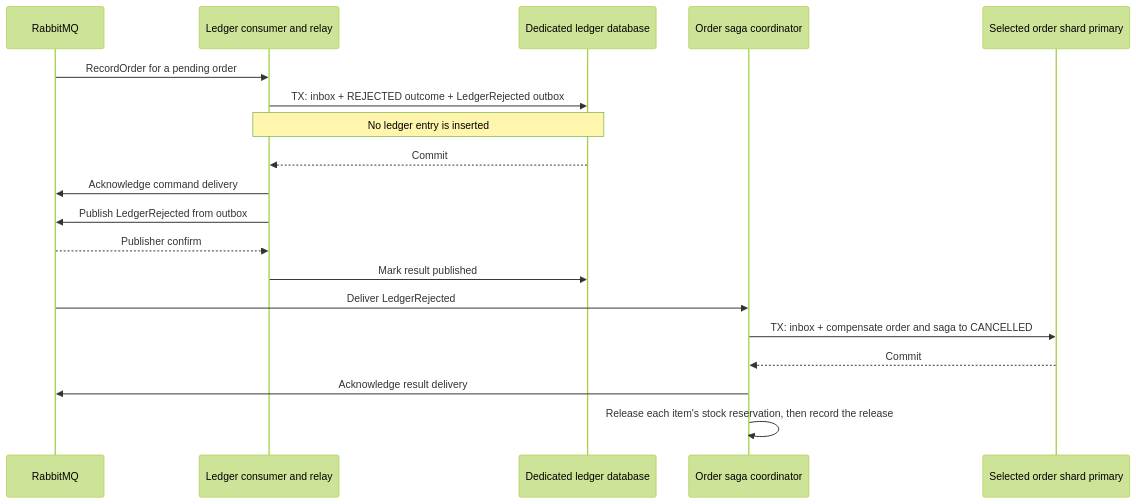
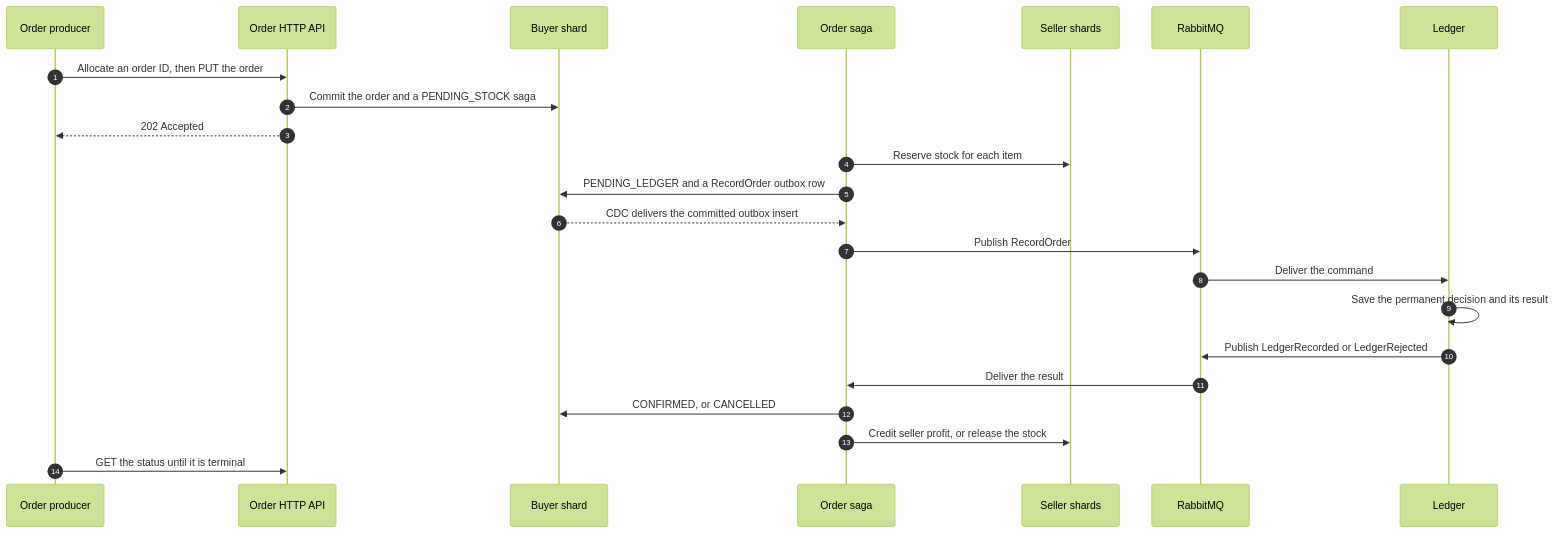
The second of 3 diagrams in microservices/shardshop/ARCHITECTURE.md (nklip/JavaCraft), drawn with Mermaid (forest theme) before and after one commit. The commit also changed other lines of this file and 51 other files, not shown here.

````diff
--- a/microservices/shardshop/ARCHITECTURE.md
+++ b/microservices/shardshop/ARCHITECTURE.md
@@ -2021,22 +78,25 @@
 ```mermaid
 sequenceDiagram
-    participant MQ as RabbitMQ
-    participant Ledger as Ledger consumer and relay
-    participant LDB as Dedicated ledger database
-    participant Order as Order saga coordinator
-    participant DB as Selected order shard primary
-
-    MQ->>Ledger: RecordOrder for a pending order
-    Ledger->>LDB: TX: inbox + REJECTED outcome + LedgerRejected outbox
-    Note over Ledger,LDB: No ledger entry is inserted
-    LDB-->>Ledger: Commit
-    Ledger->>MQ: Acknowledge command delivery
-    Ledger->>MQ: Publish LedgerRejected from outbox
-    MQ-->>Ledger: Publisher confirm
-    Ledger->>LDB: Mark result published
-    MQ->>Order: Deliver LedgerRejected
-    Order->>DB: TX: inbox + compensate order and saga to CANCELLED
-    DB-->>Order: Commit
-    Order->>MQ: Acknowledge result delivery
-    Order->>Order: Release each item's stock reservation, then record the release
+    autonumber
+    participant P as Order producer
+    participant H as Order HTTP API
+    participant B as Buyer shard
+    participant S as Order saga
+    participant C as Seller shards
+    participant Q as RabbitMQ
+    participant L as Ledger
+    P->>H: Allocate an order ID, then PUT the order
+    H->>B: Commit the order and a PENDING_STOCK saga
+    H-->>P: 202 Accepted
+    S->>C: Reserve stock for each item
+    S->>B: PENDING_LEDGER and a RecordOrder outbox row
+    B-->>S: CDC delivers the committed outbox insert
+    S->>Q: Publish RecordOrder
+    Q->>L: Deliver the command
+    L->>L: Save the permanent decision and its result
+    L->>Q: Publish LedgerRecorded or LedgerRejected
+    Q->>S: Deliver the result
+    S->>B: CONFIRMED, or CANCELLED
+    S->>C: Credit seller profit, or release the stock
+    P->>H: GET the status until it is terminal
 ```
````
